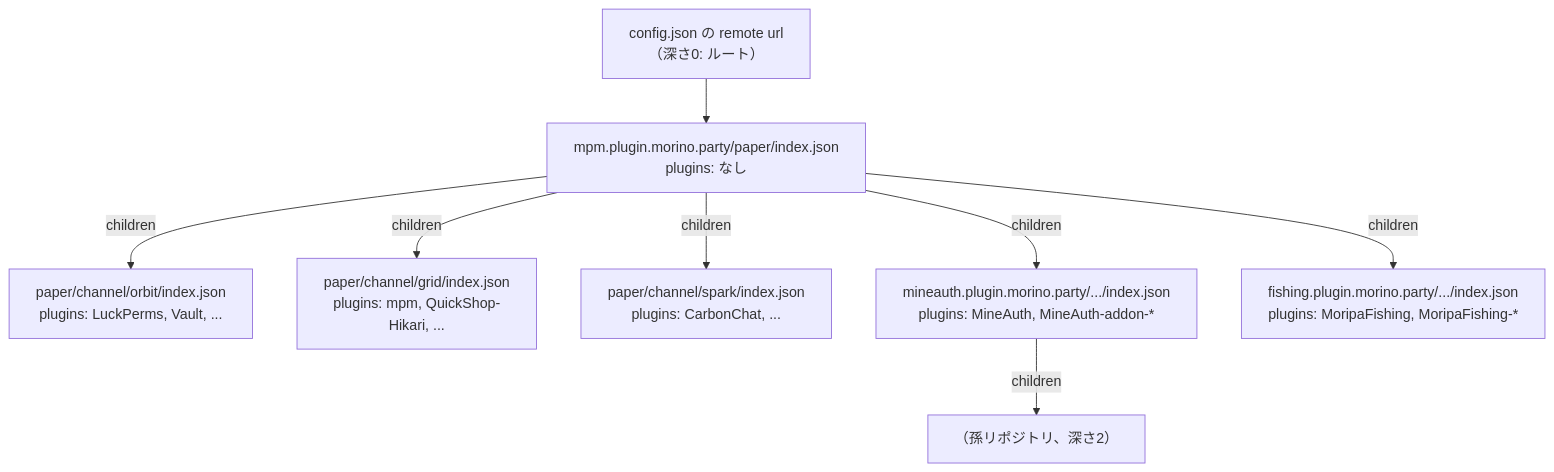
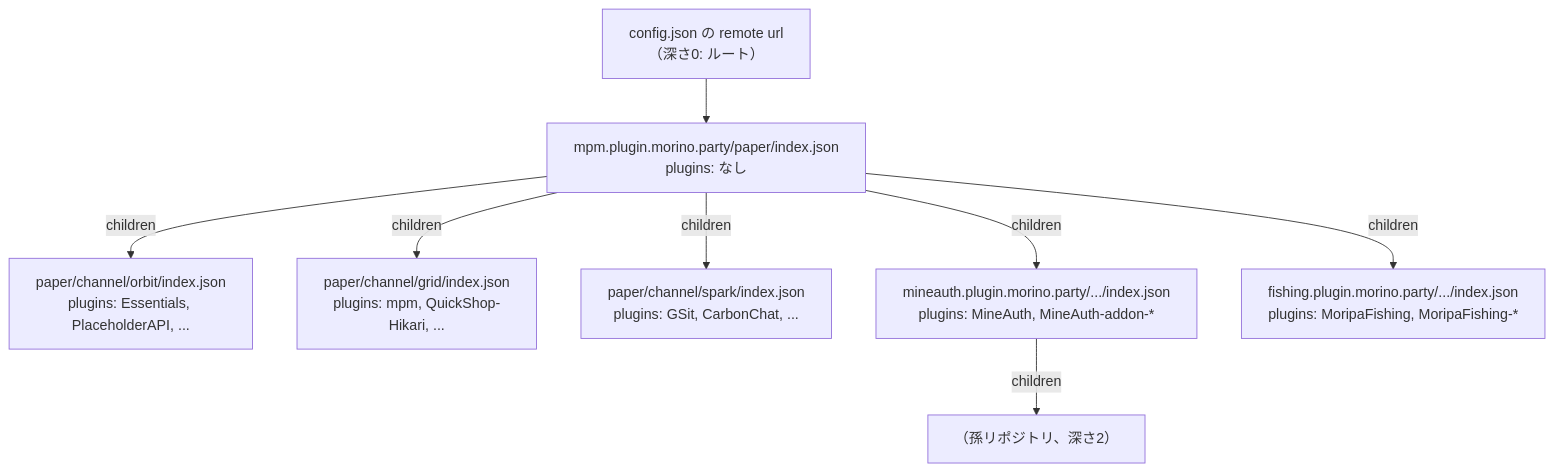
The diagram in docs/content/docs/repository/graph.mdx (morinoparty/mpm), drawn with Mermaid before and after one commit. The commit also changed other lines of this file and 30 other files, not shown here.

````diff
--- a/docs/content/docs/repository/graph.mdx
+++ b/docs/content/docs/repository/graph.mdx
@@ -98,10 +98,10 @@
 ```mermaid
 graph TD
     R["config.json の remote url<br/>（深さ0: ルート）"] --> A["mpm.plugin.morino.party/paper/index.json<br/>plugins: なし"]
-    A -->|children| O["paper/channel/orbit/index.json<br/>plugins: LuckPerms, Vault, ..."]
+    A -->|children| O["paper/channel/orbit/index.json<br/>plugins: Essentials, PlaceholderAPI, ..."]
     A -->|children| G["paper/channel/grid/index.json<br/>plugins: mpm, QuickShop-Hikari, ..."]
-    A -->|children| S["paper/channel/spark/index.json<br/>plugins: CarbonChat, ..."]
+    A -->|children| S["paper/channel/spark/index.json<br/>plugins: GSit, CarbonChat, ..."]
     A -->|children| B["mineauth.plugin.morino.party/.../index.json<br/>plugins: MineAuth, MineAuth-addon-*"]
     A -->|children| F["fishing.plugin.morino.party/.../index.json<br/>plugins: MoripaFishing, MoripaFishing-*"]
     B -->|children| C["（孫リポジトリ、深さ2）"]
 ```
````
